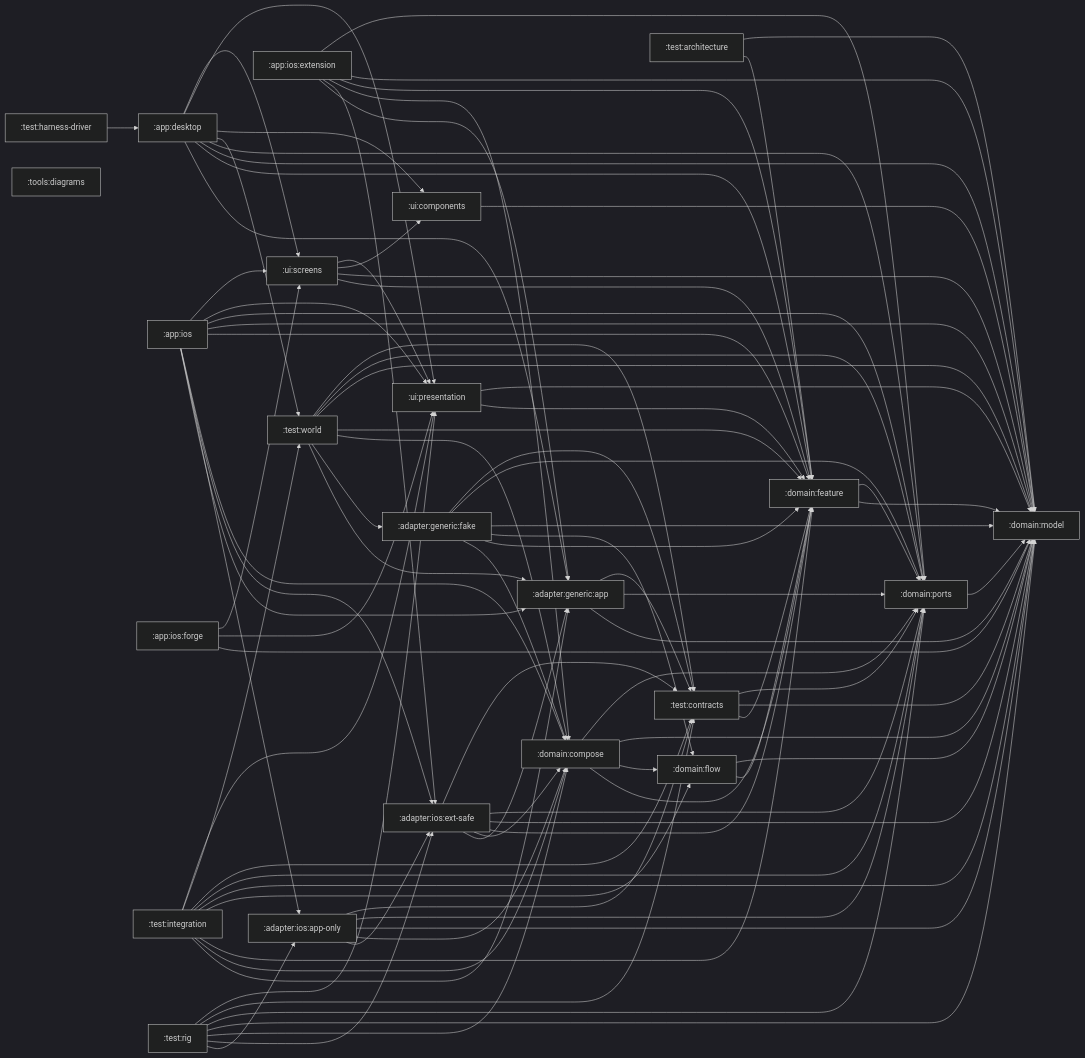
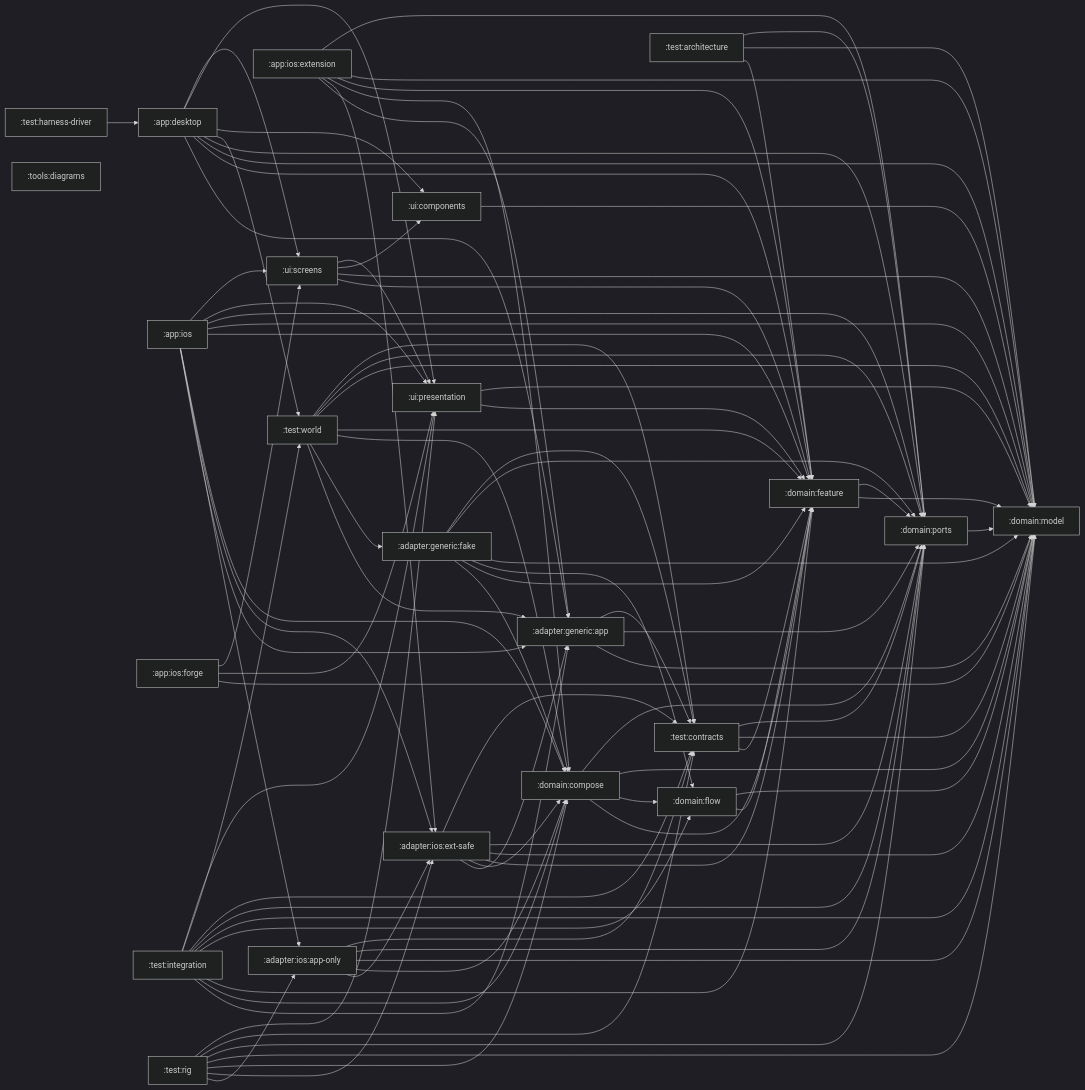
The diagram in architecture/modules.md (stefanhoelzl/SnapSync), drawn with Mermaid (dark theme) before and after one commit. The commit also changed 10 other files, not shown here.

First line of the commit message:
internal(seams): wiring test for the status actions, diagrams, detekt

```diff
--- a/architecture/modules.md
+++ b/architecture/modules.md
@@ -89,6 +89,7 @@
   domain_ports --> domain_model
   test_architecture --> domain_feature
   test_architecture --> domain_model
+  test_architecture --> domain_ports
   test_contracts --> domain_feature
   test_contracts --> domain_model
   test_contracts --> domain_ports
```
